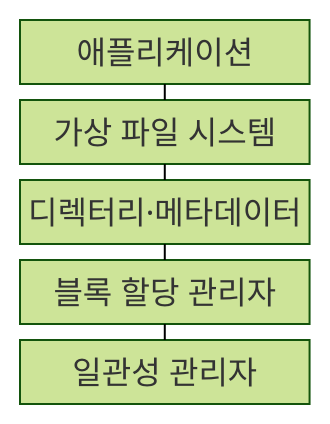
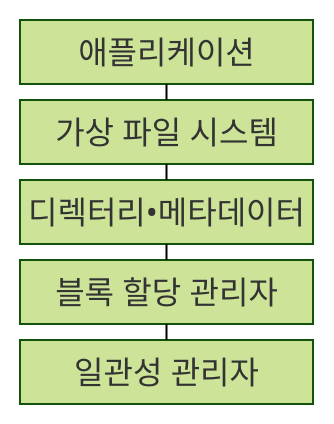
The first of 2 diagrams in src/content/docs/notes/03-software/020_file_system.md (agnusdei1207/knowledge-base), drawn with Mermaid (forest theme) before and after one commit. The commit also changed other lines of this file and 953 other files, not shown here.

````diff
--- a/src/content/docs/notes/03-software/020_file_system.md
+++ b/src/content/docs/notes/03-software/020_file_system.md
@@ -69,13 +69,13 @@
 ```mermaid
 block
     columns 1
     A["애플리케이션"]
     V["가상 파일 시스템"]
-    M["디렉터리·메타데이터"]
+    M["디렉터리•메타데이터"]
     B["블록 할당 관리자"]
     C["일관성 관리자"]
     A --- V
     V --- M
     M --- B
     B --- C
 ```
````
